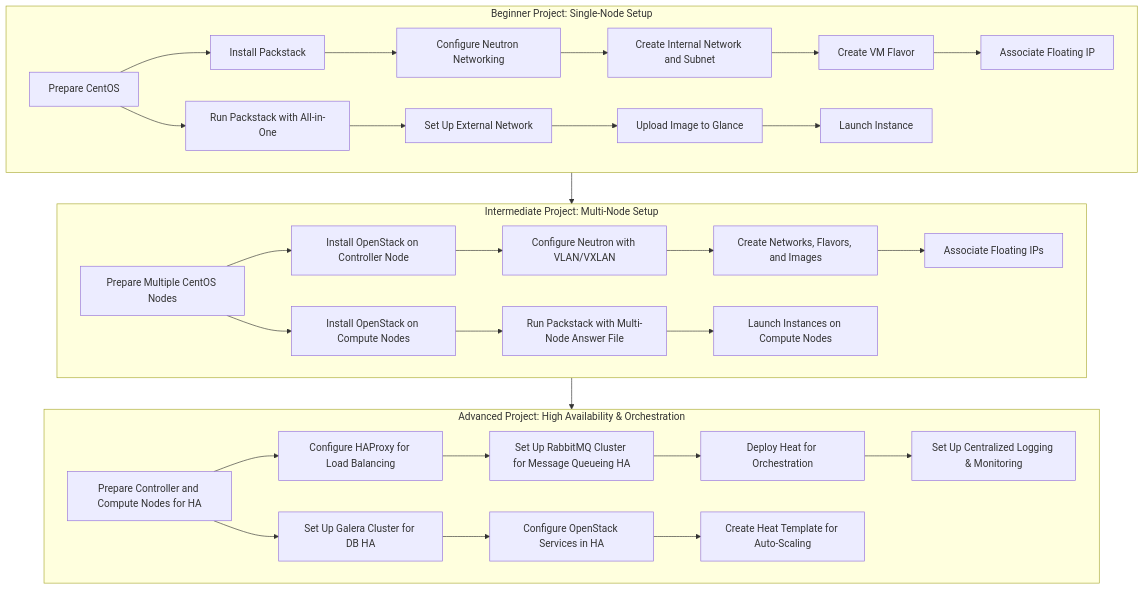
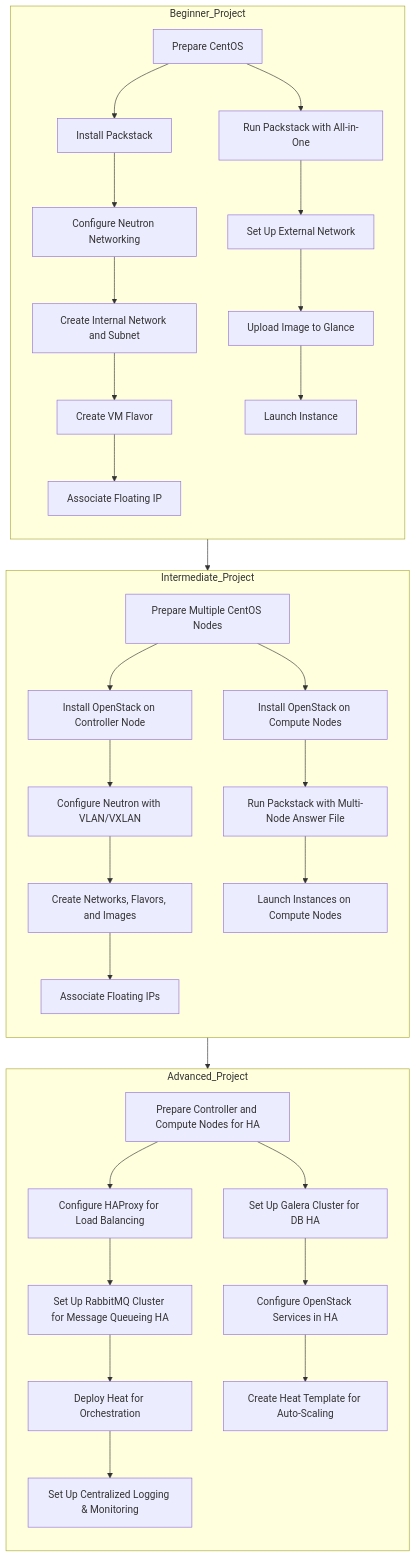
One commit to danielamoh1/OpenStack-Setup-Testing changed the diagram in README.md. Above: the diagram before and after it, drawn with Mermaid.

````diff
--- a/README.md
+++ b/README.md
@@ -8,45 +8,45 @@
 ```mermaid
 flowchart TD;
 
     %% Beginner Project: Single-Node OpenStack Setup
-    subgraph Beginner_Project["Beginner Project: Single-Node Setup"]
-
+    subgraph Beginner_Project
+        direction TB
         A1[Prepare CentOS] --> B1[Install Packstack]
         A1 --> C1[Run Packstack with All-in-One]
         B1 --> D1[Configure Neutron Networking]
         C1 --> E1[Set Up External Network]
         D1 --> F1[Create Internal Network and Subnet]
         E1 --> G1[Upload Image to Glance]
         F1 --> H1[Create VM Flavor]
         G1 --> I1[Launch Instance]
         H1 --> J1[Associate Floating IP]
     end
 
     %% Intermediate Project: Multi-Node OpenStack Setup
-    subgraph Intermediate_Project["Intermediate Project: Multi-Node Setup"]
-
+    subgraph Intermediate_Project
+        direction TB
         A2[Prepare Multiple CentOS Nodes] --> B2[Install OpenStack on Controller Node]
         A2 --> C2[Install OpenStack on Compute Nodes]
         B2 --> D2[Configure Neutron with VLAN/VXLAN]
         C2 --> E2[Run Packstack with Multi-Node Answer File]
         D2 --> F2[Create Networks, Flavors, and Images]
         E2 --> G2[Launch Instances on Compute Nodes]
         F2 --> H2[Associate Floating IPs]
     end
 
     %% Advanced Project: High Availability & Orchestration
-    subgraph Advanced_Project["Advanced Project: High Availability & Orchestration"]
-
+    subgraph Advanced_Project
+        direction TB
         A3[Prepare Controller and Compute Nodes for HA] --> B3[Configure HAProxy for Load Balancing]
         A3 --> C3[Set Up Galera Cluster for DB HA]
         B3 --> D3[Set Up RabbitMQ Cluster for Message Queueing HA]
         C3 --> E3[Configure OpenStack Services in HA]
         D3 --> F3[Deploy Heat for Orchestration]
         E3 --> G3[Create Heat Template for Auto-Scaling]
         F3 --> H3[Set Up Centralized Logging & Monitoring]
     end
 
     %% Connecting Projects Together
     Beginner_Project --> Intermediate_Project
     Intermediate_Project --> Advanced_Project
 ```
````
